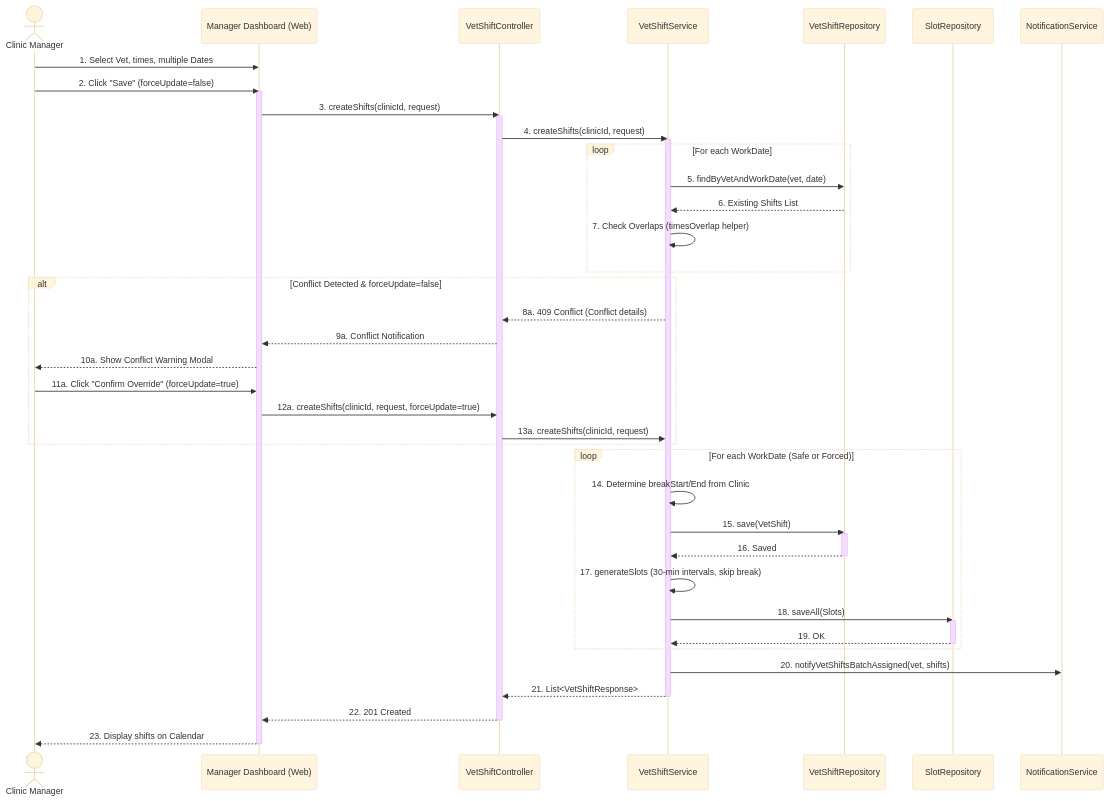
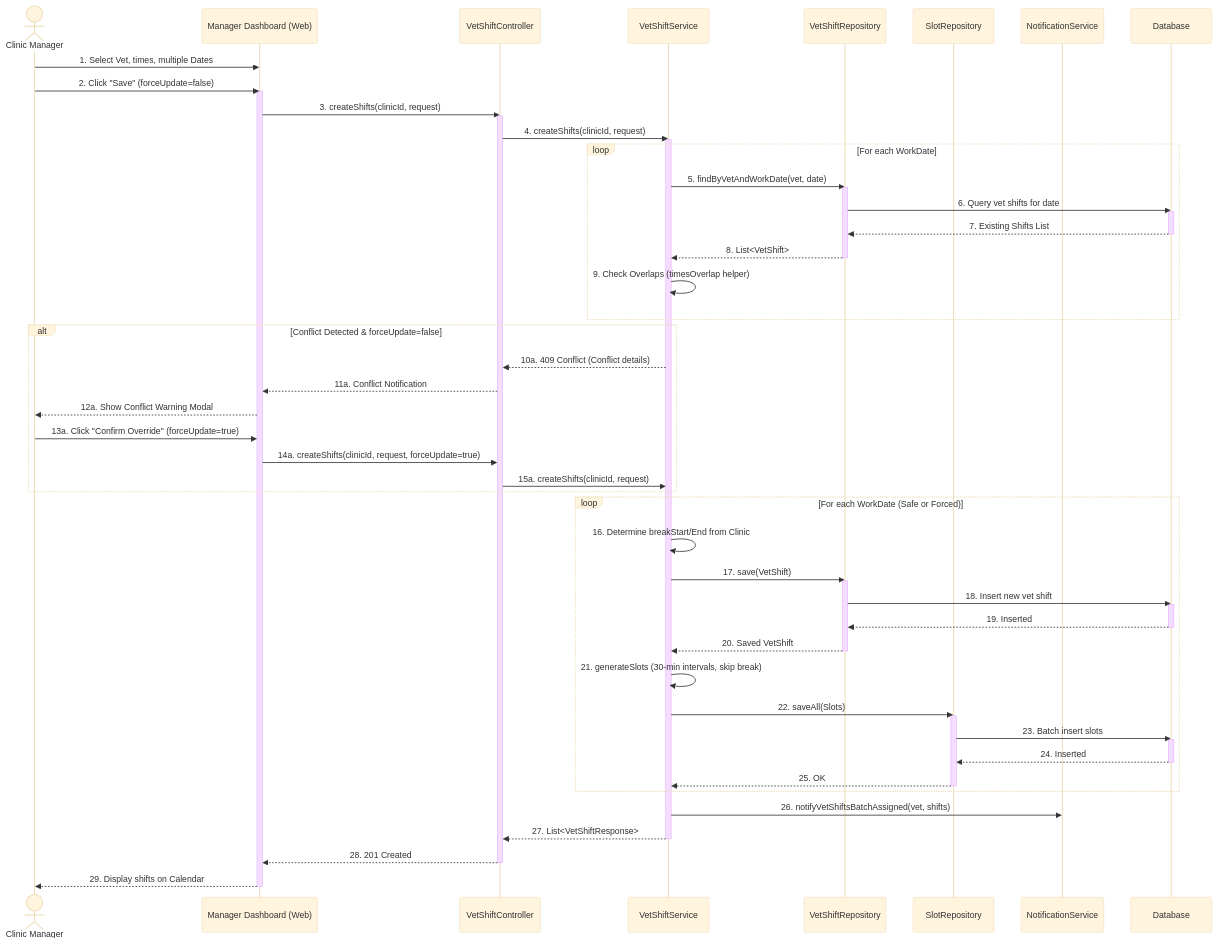
One commit to espresso23/Petties-Veterinary-Appointment-Booking-Platform changed diagram 29 of 42 in docs-references/documentation/SDD/REPORT_4_SDD_SYSTEM_DESIGN.md. Above: the diagram before and after it, drawn with Mermaid (base theme). The commit also changed other lines of this file and 15 other files, not shown here.

````diff
--- a/docs-references/documentation/SDD/REPORT_4_SDD_SYSTEM_DESIGN.md
+++ b/docs-references/documentation/SDD/REPORT_4_SDD_SYSTEM_DESIGN.md
@@ -2079,51 +2333,66 @@
 ```mermaid
 sequenceDiagram
     actor M as Clinic Manager
     participant UI as Manager Dashboard (Web)
     participant C as VetShiftController
     participant S as VetShiftService
     participant VSR as VetShiftRepository
     participant SR as SlotRepository
     participant NS as NotificationService
+    participant DB as Database
 
     M->>UI: 1. Select Vet, times, multiple Dates
     M->>UI: 2. Click "Save" (forceUpdate=false)
     activate UI
     UI->>C: 3. createShifts(clinicId, request)
     activate C
     C->>S: 4. createShifts(clinicId, request)
     activate S
     loop For each WorkDate
         S->>VSR: 5. findByVetAndWorkDate(vet, date)
-        VSR-->>S: 6. Existing Shifts List
-        S->>S: 7. Check Overlaps (timesOverlap helper)
+        activate VSR
+        VSR->>DB: 6. Query vet shifts for date
+        activate DB
+        DB-->>VSR: 7. Existing Shifts List
+        deactivate DB
+        VSR-->>S: 8. List<VetShift>
+        deactivate VSR
+        S->>S: 9. Check Overlaps (timesOverlap helper)
     end
     alt Conflict Detected & forceUpdate=false
-        S-->>C: 8a. 409 Conflict (Conflict details)
-        C-->>UI: 9a. Conflict Notification
-        UI-->>M: 10a. Show Conflict Warning Modal
-        M->>UI: 11a. Click "Confirm Override" (forceUpdate=true)
-        UI->>C: 12a. createShifts(clinicId, request, forceUpdate=true)
-        C->>S: 13a. createShifts(clinicId, request)
+        S-->>C: 10a. 409 Conflict (Conflict details)
+        C-->>UI: 11a. Conflict Notification
+        UI-->>M: 12a. Show Conflict Warning Modal
+        M->>UI: 13a. Click "Confirm Override" (forceUpdate=true)
+        UI->>C: 14a. createShifts(clinicId, request, forceUpdate=true)
+        C->>S: 15a. createShifts(clinicId, request)
     end
     
     loop For each WorkDate (Safe or Forced)
-        S->>S: 14. Determine breakStart/End from Clinic
-        S->>VSR: 15. save(VetShift)
+        S->>S: 16. Determine breakStart/End from Clinic
+        S->>VSR: 17. save(VetShift)
         activate VSR
-        VSR-->>S: 16. Saved
+        VSR->>DB: 18. Insert new vet shift
+        activate DB
+        DB-->>VSR: 19. Inserted
+        deactivate DB
+        VSR-->>S: 20. Saved VetShift
         deactivate VSR
-        S->>S: 17. generateSlots (30-min intervals, skip break)
-        S->>SR: 18. saveAll(Slots)
+        S->>S: 21. generateSlots (30-min intervals, skip break)
+        S->>SR: 22. saveAll(Slots)
         activate SR
-        SR-->>S: 19. OK
+        SR->>DB: 23. Batch insert slots
+        activate DB
+        DB-->>SR: 24. Inserted
+        deactivate DB
+        SR-->>S: 25. OK
         deactivate SR
     end
-    S->>NS: 20. notifyVetShiftsBatchAssigned(vet, shifts)
-    S-->>C: 21. List<VetShiftResponse>
+    S->>NS: 26. notifyVetShiftsBatchAssigned(vet, shifts)
+    S-->>C: 27. List<VetShiftResponse>
     deactivate S
-    C-->>UI: 22. 201 Created
+    C-->>UI: 28. 201 Created
     deactivate C
-    UI-->>M: 23. Display shifts on Calendar
+    UI-->>M: 29. Display shifts on Calendar
     deactivate UI
 ```
````
